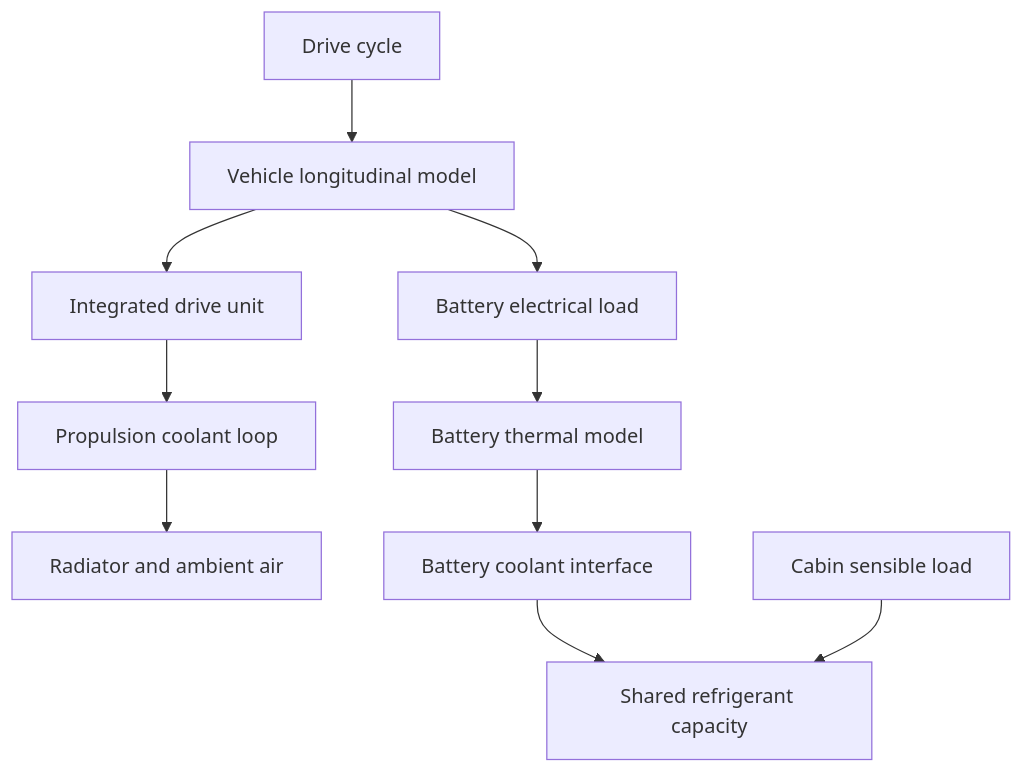
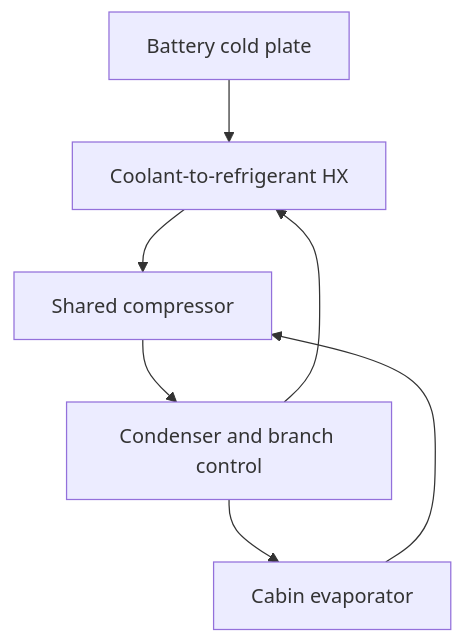
Before and after one commit to Hussnain-Al/ev-thermal-analysis-framework: the third of 3 diagrams in docs/ARCHITECTURE.md, drawn with Mermaid. The commit also changed other lines of this file and 59 other files, not shown here.

````diff
--- a/docs/ARCHITECTURE.md
+++ b/docs/ARCHITECTURE.md
@@ -24,12 +38,9 @@
 ```mermaid
 flowchart TD
-  A[Drive cycle] --> B[Vehicle longitudinal model]
-  B --> C[Integrated drive unit]
-  C --> D[Propulsion coolant loop]
-  D --> E[Radiator and ambient air]
-  B --> F[Battery electrical load]
-  F --> G[Battery thermal model]
-  G --> H[Battery coolant interface]
-  H --> I[Shared refrigerant capacity]
-  J[Cabin sensible load] --> I
+  A["Battery cold plate"] --> B["Coolant-to-refrigerant HX"]
+  C["Cabin evaporator"] --> D["Shared compressor"]
+  B --> D
+  D --> E["Condenser and branch control"]
+  E --> B
+  E --> C
 ```
````
